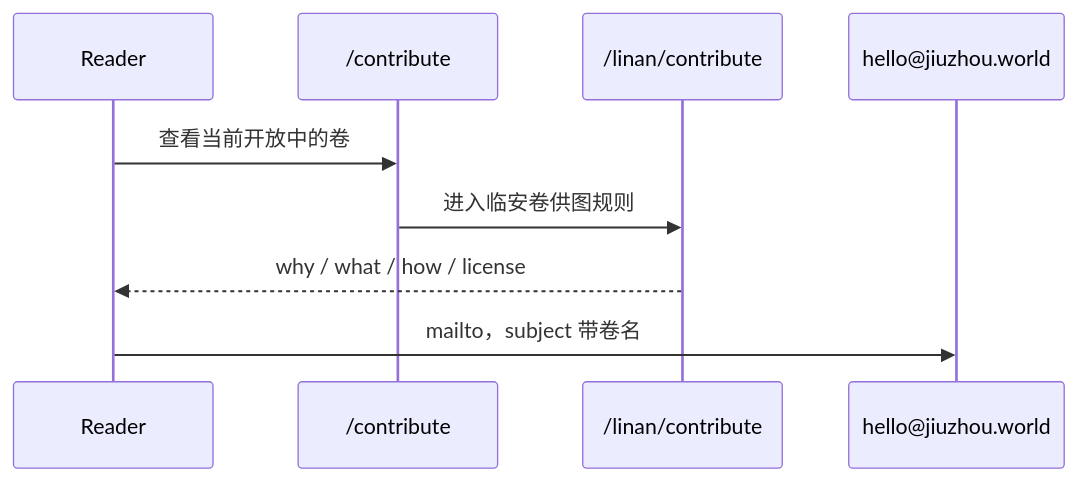
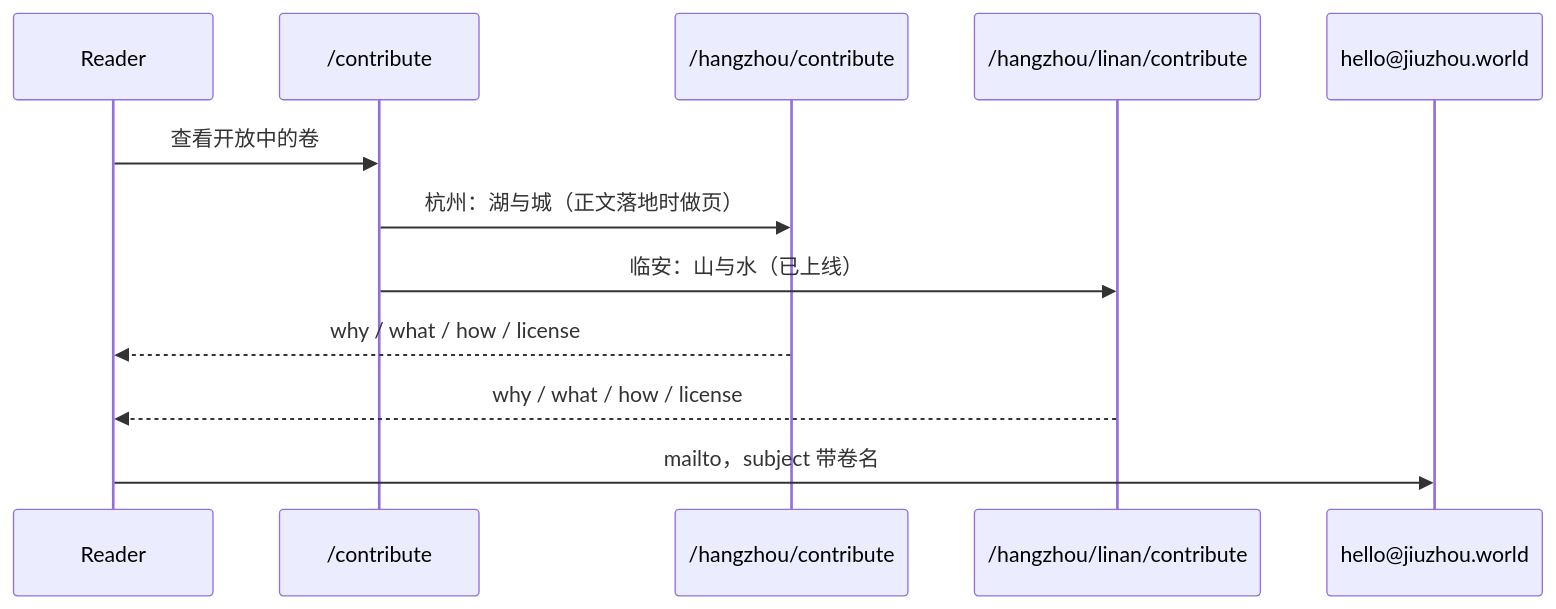
Before and after one commit to robinv8/jiuzhou-world: the fifth of 6 diagrams in brain/flow.md, drawn with Mermaid. The commit also changed other lines of this file and 188 other files, not shown here.

````diff
--- a/brain/flow.md
+++ b/brain/flow.md
@@ -65,11 +80,14 @@
 ```mermaid
 sequenceDiagram
   participant R as Reader
   participant Hub as /contribute
-  participant Place as /linan/contribute
+  participant HZ as /hangzhou/contribute
+  participant LA as /hangzhou/linan/contribute
   participant Mail as hello@jiuzhou.world
-  R->>Hub: 查看当前开放中的卷
-  Hub->>Place: 进入临安卷供图规则
-  Place-->>R: why / what / how / license
+  R->>Hub: 查看开放中的卷
+  Hub->>HZ: 杭州：湖与城（正文落地时做页）
+  Hub->>LA: 临安：山与水（已上线）
+  HZ-->>R: why / what / how / license
+  LA-->>R: why / what / how / license
   R->>Mail: mailto，subject 带卷名
 ```
````
